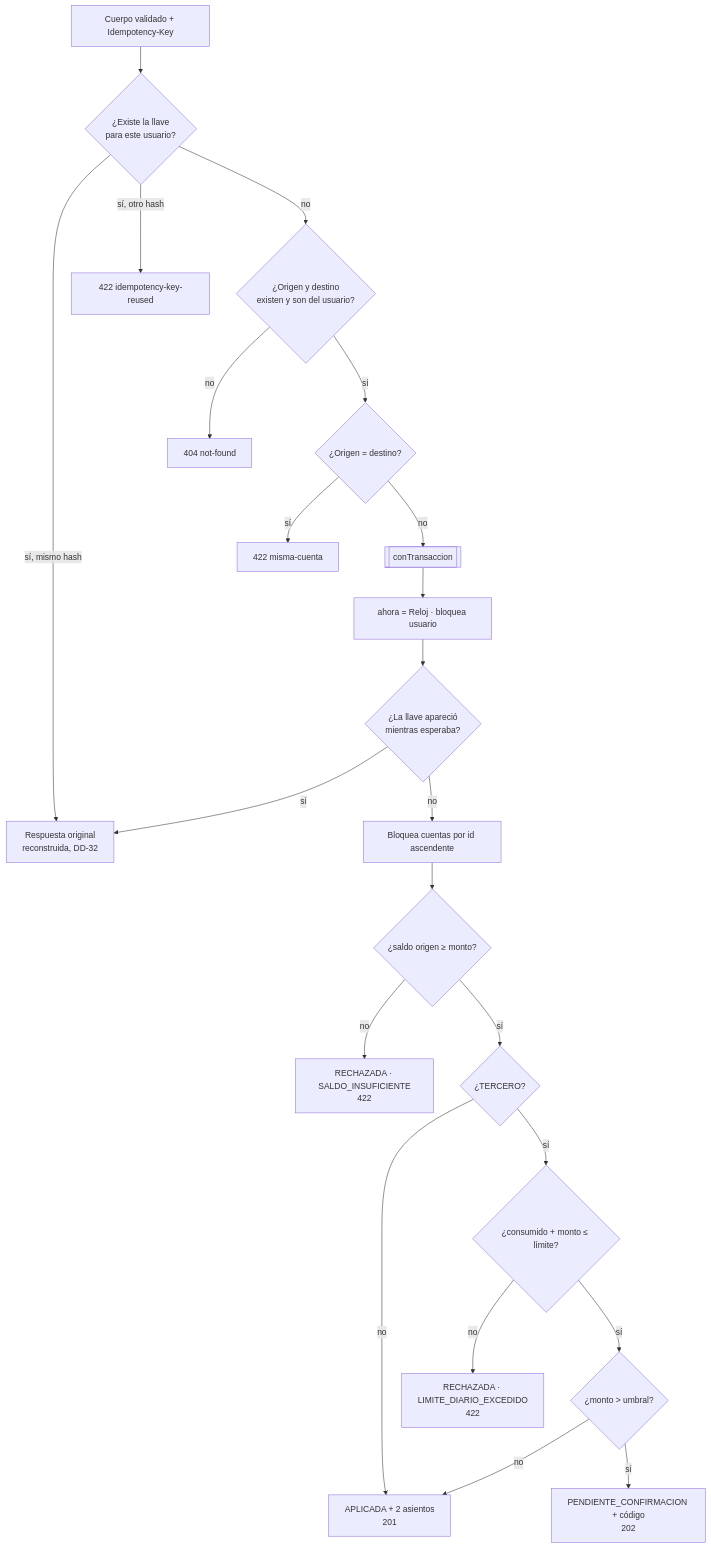
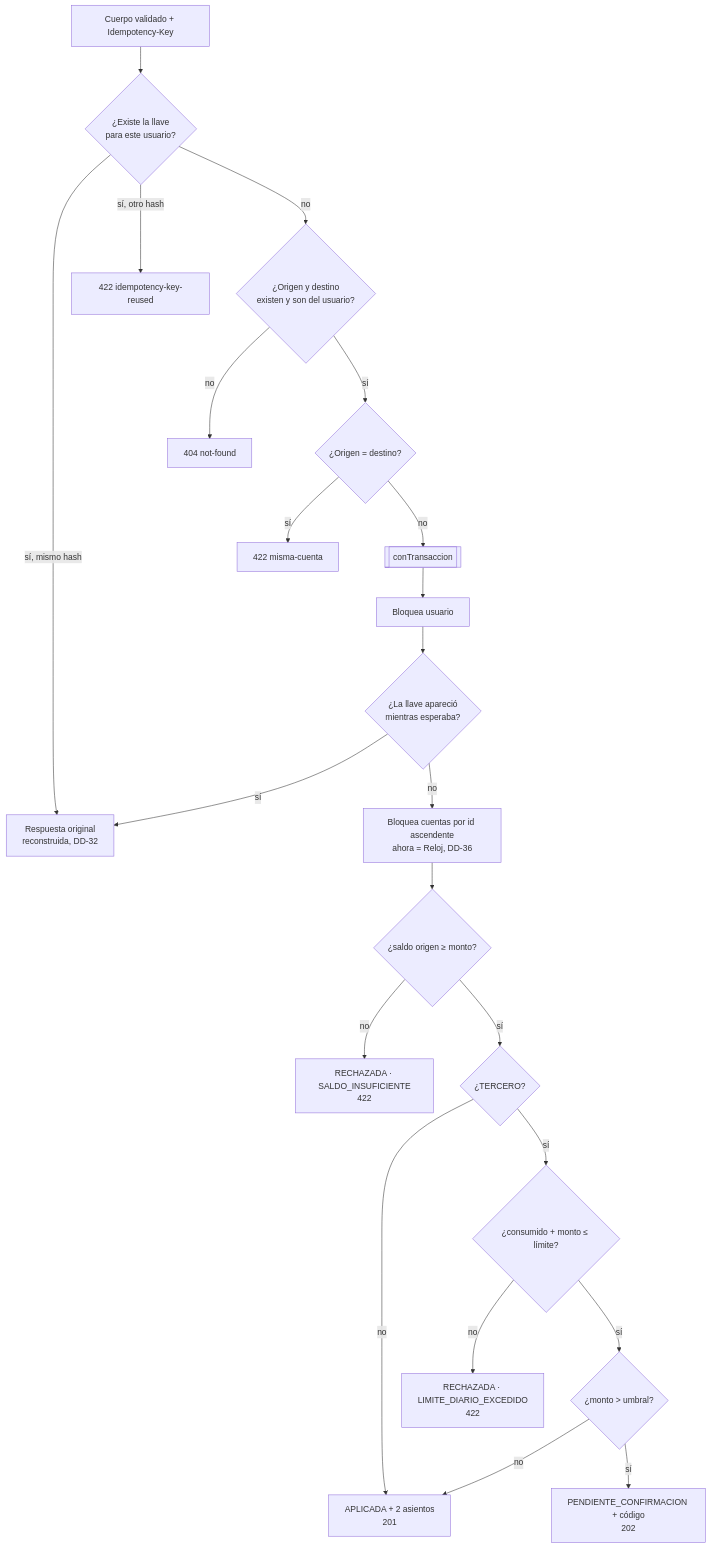
Before and after one commit to ZurielPC04/Proyecto-Fullstack-Developer-Zuriel: the fourth of 11 diagrams in specs/design.md, drawn with Mermaid. The commit also changed other lines of this file and 1 other file, not shown here.

````diff
--- a/specs/design.md
+++ b/specs/design.md
@@ -1210,24 +1210,24 @@
 ```mermaid
 flowchart TD
     A[Cuerpo validado + Idempotency-Key] --> B{¿Existe la llave<br/>para este usuario?}
     B -- sí, mismo hash --> R[Respuesta original<br/>reconstruida, DD-32]
     B -- sí, otro hash --> K[422 idempotency-key-reused]
     B -- no --> C{¿Origen y destino<br/>existen y son del usuario?}
     C -- no --> N[404 not-found]
     C -- sí --> D{¿Origen = destino?}
     D -- sí --> M[422 misma-cuenta]
     D -- no --> T[[conTransaccion]]
-    T --> L1[ahora = Reloj · bloquea usuario]
+    T --> L1[Bloquea usuario]
     L1 --> L2{¿La llave apareció<br/>mientras esperaba?}
     L2 -- sí --> R
-    L2 -- no --> L3[Bloquea cuentas por id ascendente]
+    L2 -- no --> L3[Bloquea cuentas por id ascendente<br/>ahora = Reloj, DD-36]
     L3 --> S{¿saldo origen ≥ monto?}
     S -- no --> RS[RECHAZADA · SALDO_INSUFICIENTE<br/>422]
     S -- sí --> TP{¿TERCERO?}
     TP -- no --> AP[APLICADA + 2 asientos<br/>201]
     TP -- sí --> LI{¿consumido + monto ≤ límite?}
     LI -- no --> RL[RECHAZADA · LIMITE_DIARIO_EXCEDIDO<br/>422]
     LI -- sí --> U{¿monto > umbral?}
     U -- no --> AP
     U -- sí --> PE[PENDIENTE_CONFIRMACION + código<br/>202]
 ```
````
